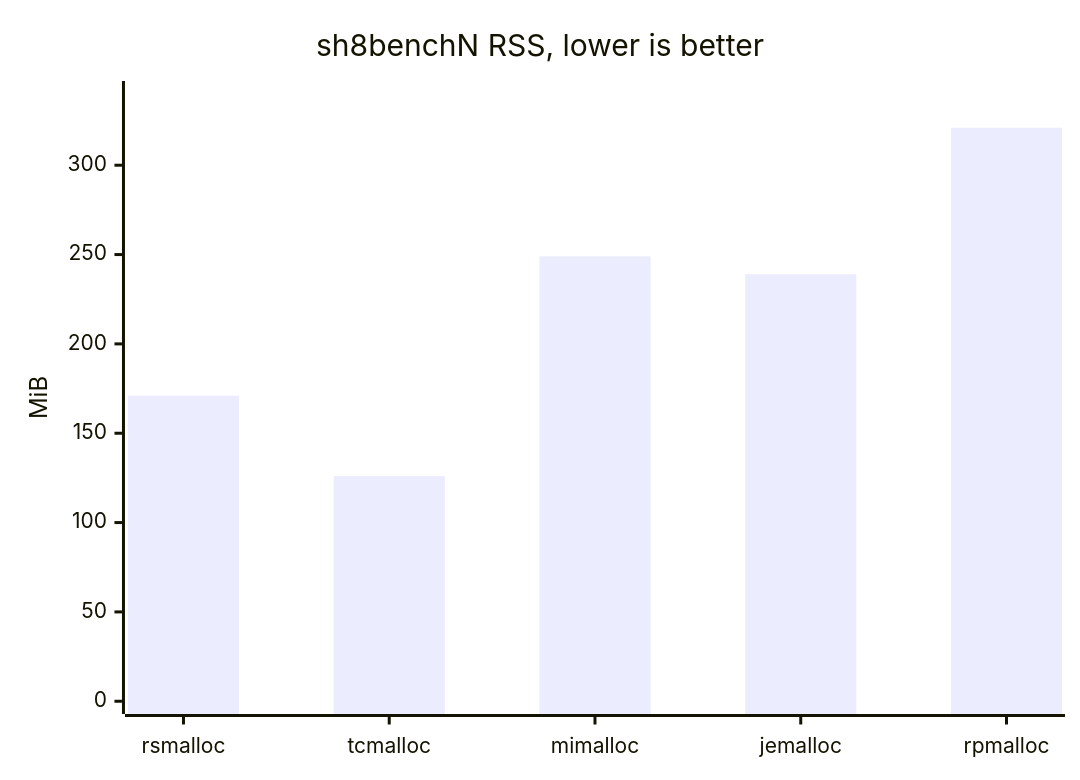
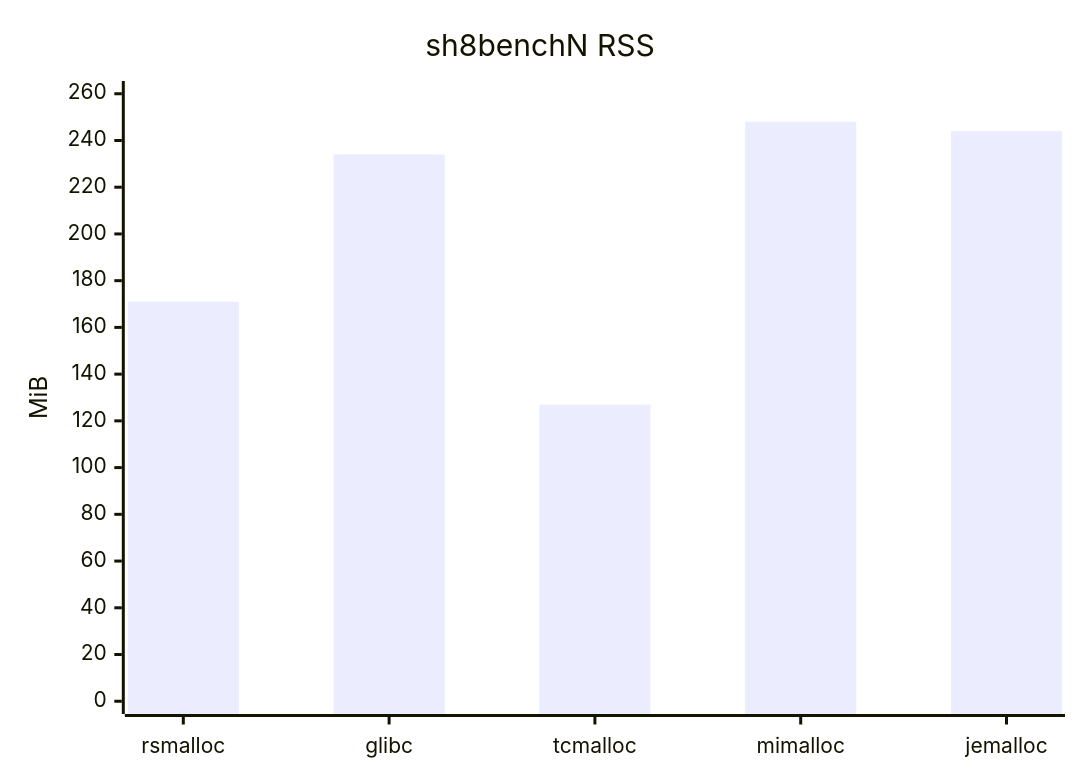
One commit to Metehan120/rsmalloc changed the eighth of 8 diagrams in benchmarks/benchmarks.md. Above: the diagram before and after it, drawn with Mermaid. The commit also changed other lines of this file and 171 other files, not shown here.

````diff
--- a/benchmarks/benchmarks.md
+++ b/benchmarks/benchmarks.md
@@ -172,7 +141,7 @@
 ```mermaid
 xychart-beta
-    title "sh8benchN RSS, lower is better"
-    x-axis [rsmalloc, tcmalloc, mimalloc, jemalloc, rpmalloc]
-    y-axis "MiB" 0 --> 340
-    bar [171, 126, 249, 239, 321]
+    title "sh8benchN RSS"
+    x-axis [rsmalloc, glibc, tcmalloc, mimalloc, jemalloc]
+    y-axis "MiB" 0 --> 260
+    bar [171, 234, 127, 248, 244]
 ```
````
